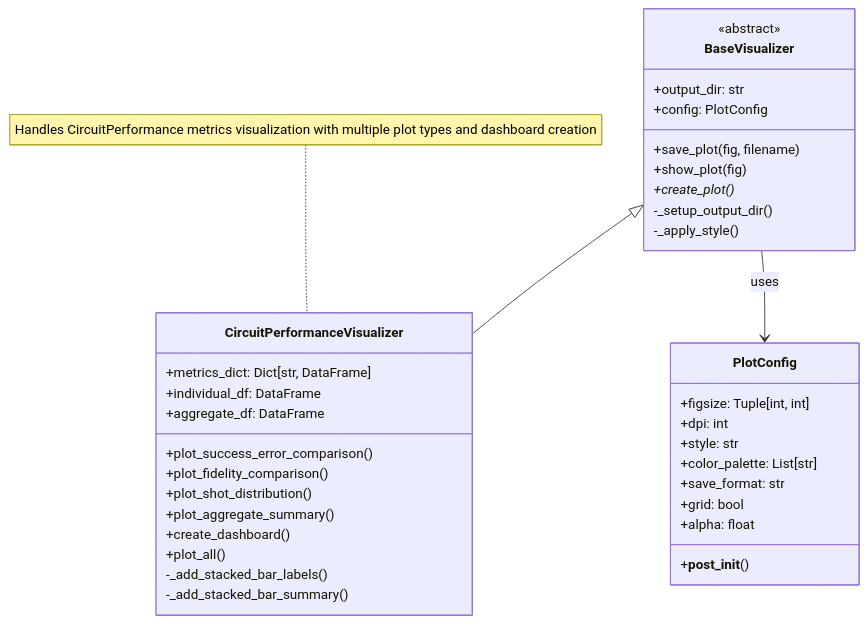
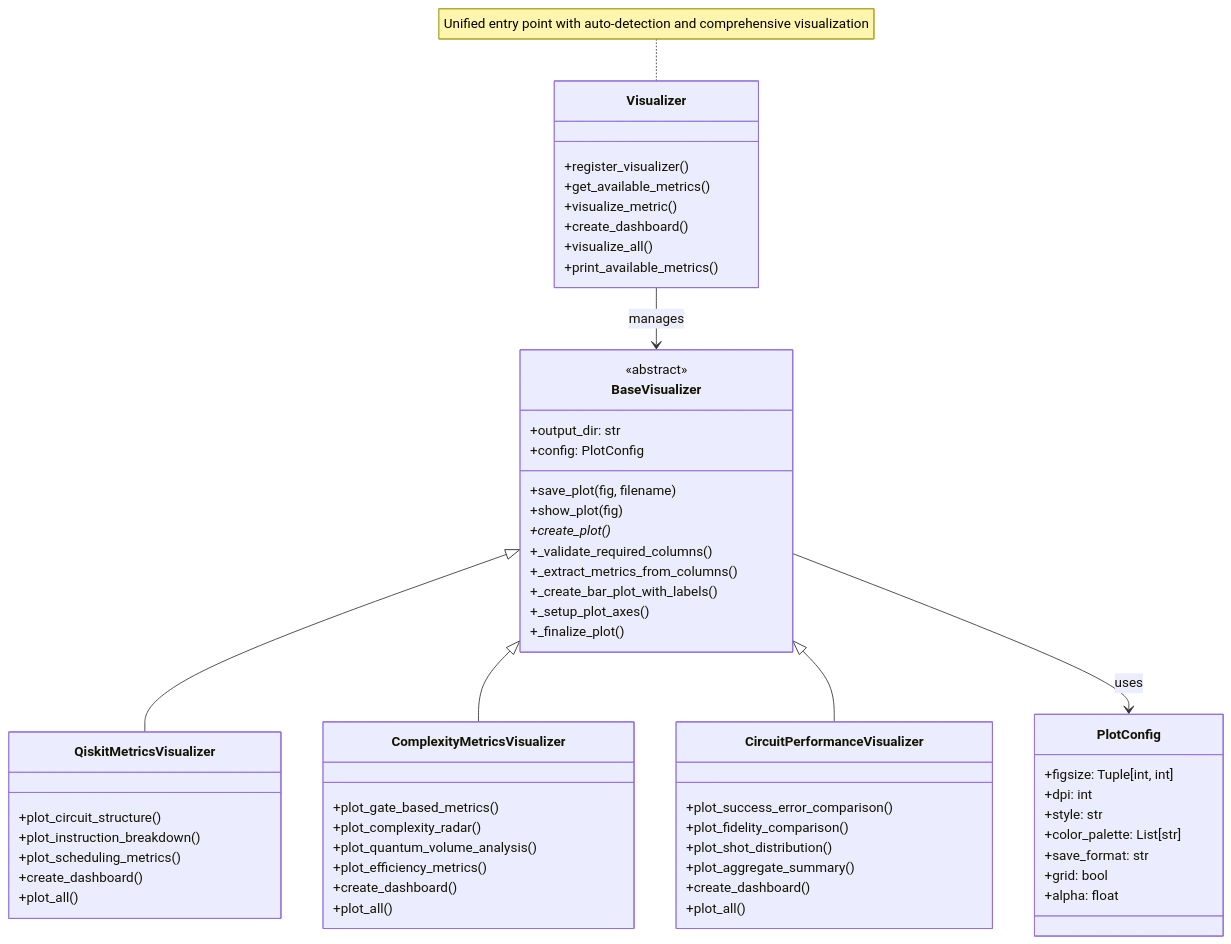
Before and after one commit to xthecapx/qiskit-qward: the diagram in docs/visualization_guide.md, drawn with Mermaid. The commit also changed other lines of this file and 4 other files, not shown here.

````diff
--- a/docs/visualization_guide.md
+++ b/docs/visualization_guide.md
@@ -15,43 +19,69 @@
 ```mermaid
 classDiagram
     class BaseVisualizer {
         <<abstract>>
         +output_dir: str
         +config: PlotConfig
         +save_plot(fig, filename)
         +show_plot(fig)
         +create_plot()*
-        -_setup_output_dir()
-        -_apply_style()
+        +_validate_required_columns()
+        +_extract_metrics_from_columns()
+        +_create_bar_plot_with_labels()
+        +_setup_plot_axes()
+        +_finalize_plot()
     }
     
     class PlotConfig {
         +figsize: Tuple[int, int]
         +dpi: int
         +style: str
         +color_palette: List[str]
         +save_format: str
         +grid: bool
         +alpha: float
-        +__post_init__()
+    }
+    
+    class QiskitMetricsVisualizer {
+        +plot_circuit_structure()
+        +plot_instruction_breakdown()
+        +plot_scheduling_metrics()
+        +create_dashboard()
+        +plot_all()
+    }
+    
+    class ComplexityMetricsVisualizer {
+        +plot_gate_based_metrics()
+        +plot_complexity_radar()
+        +plot_quantum_volume_analysis()
+        +plot_efficiency_metrics()
+        +create_dashboard()
+        +plot_all()
     }
     
     class CircuitPerformanceVisualizer {
-        +metrics_dict: Dict[str, DataFrame]
-        +individual_df: DataFrame
-        +aggregate_df: DataFrame
         +plot_success_error_comparison()
         +plot_fidelity_comparison()
         +plot_shot_distribution()
         +plot_aggregate_summary()
         +create_dashboard()
         +plot_all()
-        -_add_stacked_bar_labels()
-        -_add_stacked_bar_summary()
+    }
+    
+    class Visualizer {
+        +register_visualizer()
+        +get_available_metrics()
+        +visualize_metric()
+        +create_dashboard()
+        +visualize_all()
+        +print_available_metrics()
     }
 
+    BaseVisualizer <|-- QiskitMetricsVisualizer
+    BaseVisualizer <|-- ComplexityMetricsVisualizer
     BaseVisualizer <|-- CircuitPerformanceVisualizer
     BaseVisualizer --> PlotConfig : uses
+    Visualizer --> BaseVisualizer : manages
     
-    note for CircuitPerformanceVisualizer "Handles CircuitPerformance metrics visualization with multiple plot types and dashboard creation"
+    note for Visualizer "Unified entry point with auto-detection and comprehensive visualization"
 ```
````
